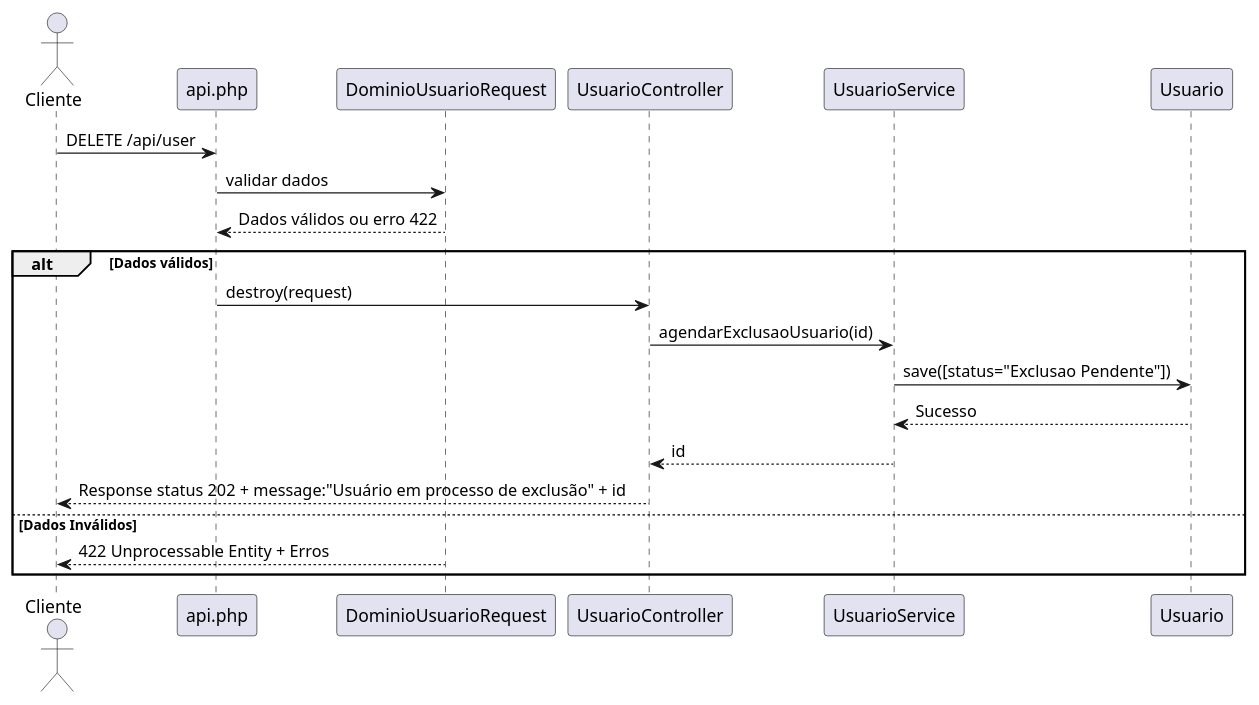
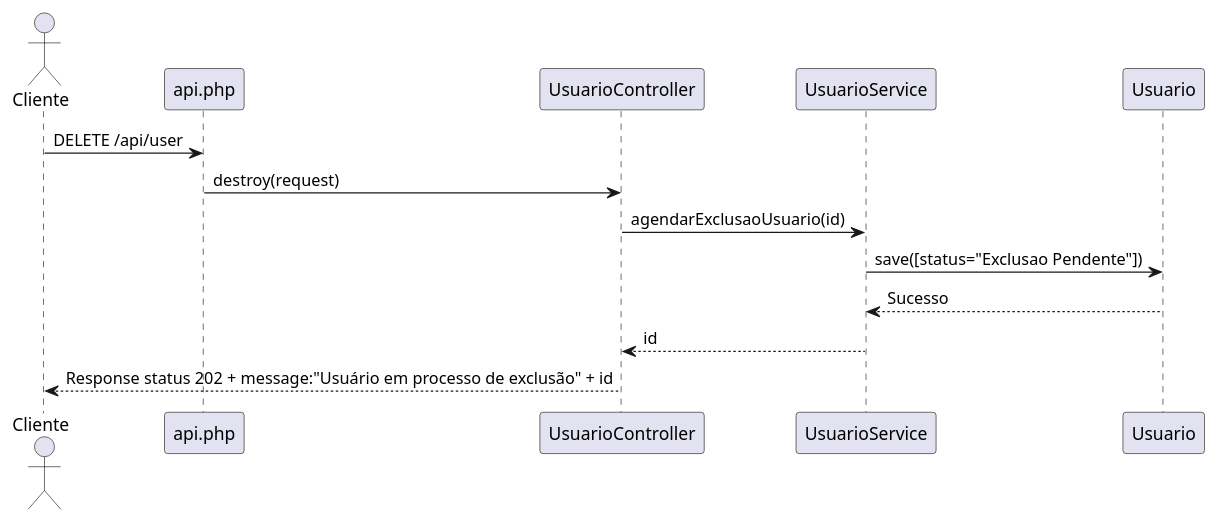
One commit to LucaseNogueira/laravel_dieta_treino_api changed the diagram in docs/sprints/sprint-v0_1/feat-excluir_usuario/diagramas_de_sequencia/excluir-usuario.plantuml. Above: the diagram before and after it, drawn with PlantUML. The commit also changed 12 other files, not shown here.

Commit message:
feat:test:docs Adicionado exclusão pendente de usuário

```diff
--- a/docs/sprints/sprint-v0_1/feat-excluir_usuario/diagramas_de_sequencia/excluir-usuario.plantuml
+++ b/docs/sprints/sprint-v0_1/feat-excluir_usuario/diagramas_de_sequencia/excluir-usuario.plantuml
@@ -1,18 +1,12 @@
 @startuml Excluir Usuário
 actor Cliente
 
 Cliente -> api.php : DELETE /api/user
-api.php -> DominioUsuarioRequest : validar dados
-DominioUsuarioRequest --> api.php : Dados válidos ou erro 422
+api.php -> UsuarioController : destroy(request)
+UsuarioController -> UsuarioService : agendarExclusaoUsuario(id)
+UsuarioService -> Usuario : save([status="Exclusao Pendente"])
+Usuario --> UsuarioService : Sucesso
+UsuarioService --> UsuarioController : id
+UsuarioController --> Cliente : Response status 202 + message:"Usuário em processo de exclusão" + id
 
-alt Dados válidos
-    api.php -> UsuarioController : destroy(request)
-    UsuarioController -> UsuarioService : agendarExclusaoUsuario(id)
-    UsuarioService -> Usuario : save([status="Exclusao Pendente"])
-    Usuario --> UsuarioService : Sucesso
-    UsuarioService --> UsuarioController : id
-    UsuarioController --> Cliente : Response status 202 + message:"Usuário em processo de exclusão" + id
-else Dados Inválidos
-    DominioUsuarioRequest --> Cliente : 422 Unprocessable Entity + Erros
-end
 @enduml
```
